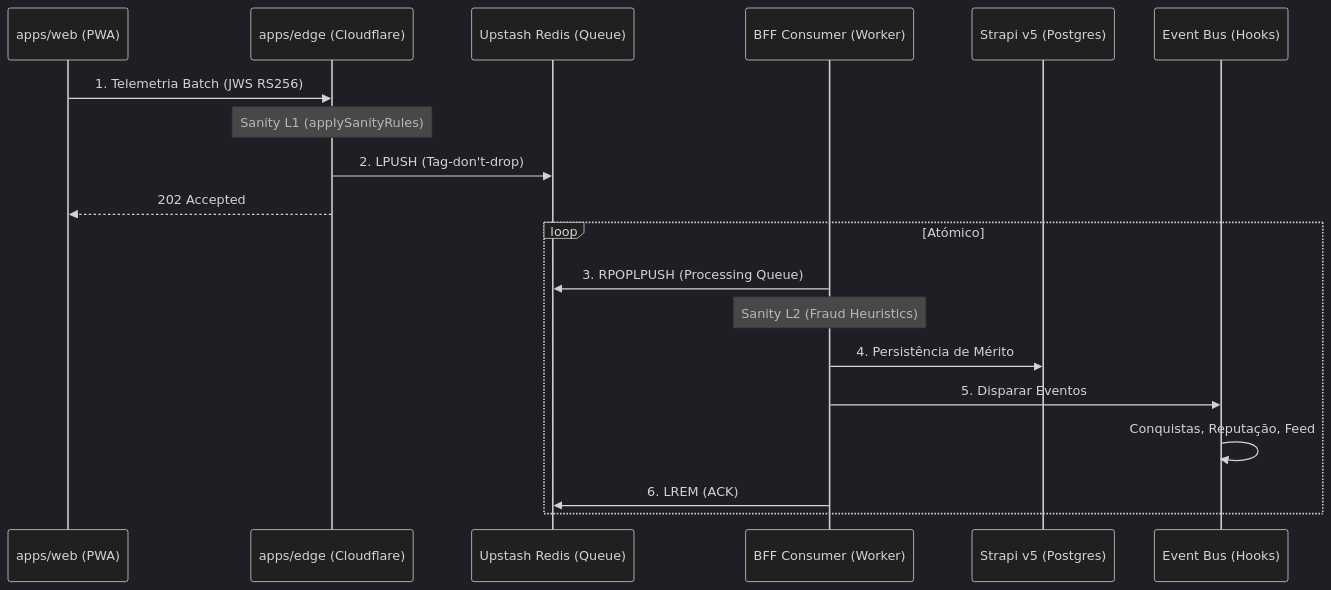
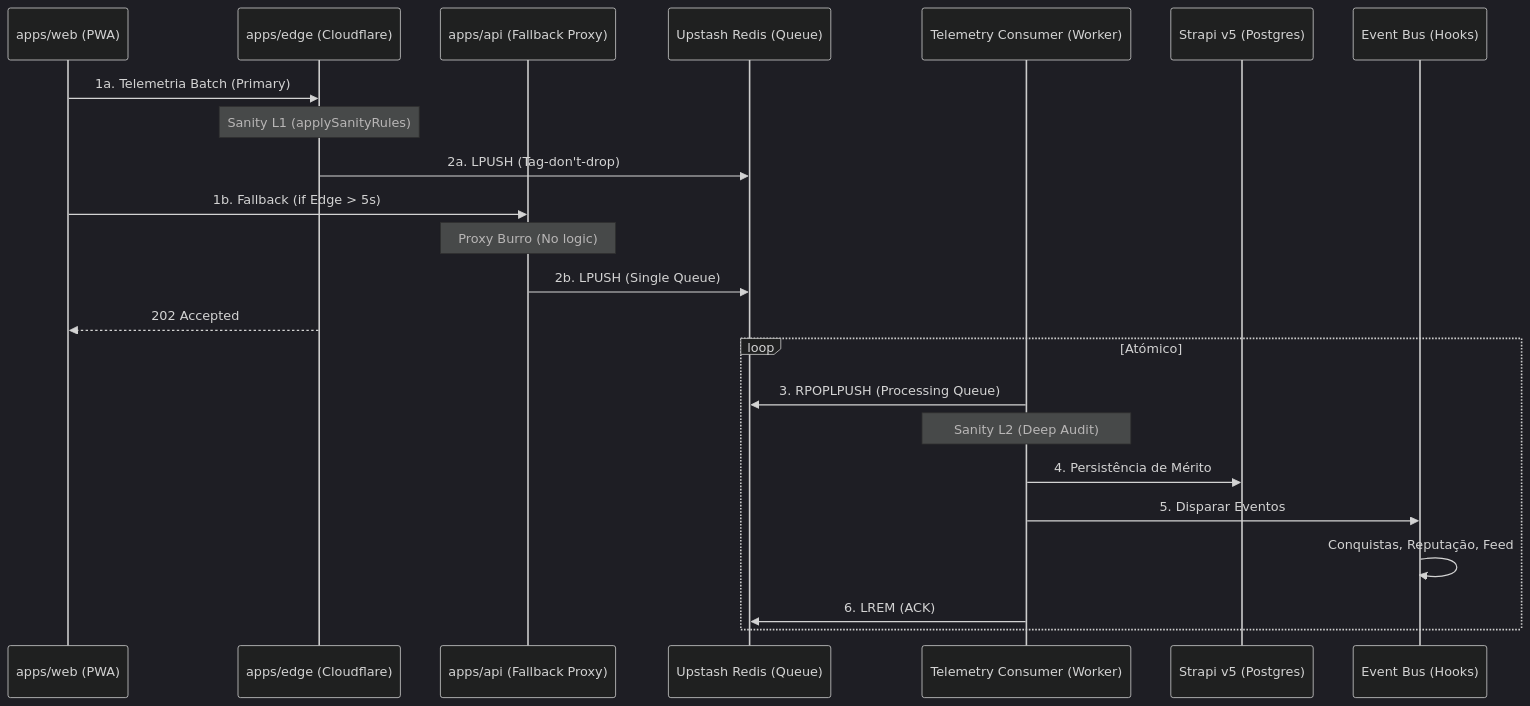
Before and after one commit to TARSENFOLD/pdc: the diagram in docs/telemetria/pipeline.md, drawn with Mermaid (dark theme). The commit also changed other lines of this file and 60 other files, not shown here.

````diff
--- a/docs/telemetria/pipeline.md
+++ b/docs/telemetria/pipeline.md
@@ -11,23 +11,29 @@
 ```mermaid
 sequenceDiagram
     participant Browser as apps/web (PWA)
     participant Edge as apps/edge (Cloudflare)
+    participant BFF as apps/api (Fallback Proxy)
     participant Upstash as Upstash Redis (Queue)
-    participant Consumer as BFF Consumer (Worker)
+    participant Consumer as Telemetry Consumer (Worker)
     participant Strapi as Strapi v5 (Postgres)
     participant Bus as Event Bus (Hooks)
 
-    Browser->>Edge: 1. Telemetria Batch (JWS RS256)
+    Browser->>Edge: 1a. Telemetria Batch (Primary)
     Note over Edge: Sanity L1 (applySanityRules)
-    Edge->>Upstash: 2. LPUSH (Tag-don't-drop)
+    Edge->>Upstash: 2a. LPUSH (Tag-don't-drop)
+    
+    Browser->>BFF: 1b. Fallback (if Edge > 5s)
+    Note over BFF: Proxy Burro (No logic)
+    BFF->>Upstash: 2b. LPUSH (Single Queue)
+    
     Edge-->>Browser: 202 Accepted
     
     loop Atómico
         Consumer->>Upstash: 3. RPOPLPUSH (Processing Queue)
-        Note over Consumer: Sanity L2 (Fraud Heuristics)
+        Note over Consumer: Sanity L2 (Deep Audit)
         Consumer->>Strapi: 4. Persistência de Mérito
         Consumer->>Bus: 5. Disparar Eventos
         Bus->>Bus: Conquistas, Reputação, Feed
         Consumer->>Upstash: 6. LREM (ACK)
     end
 ```
````
